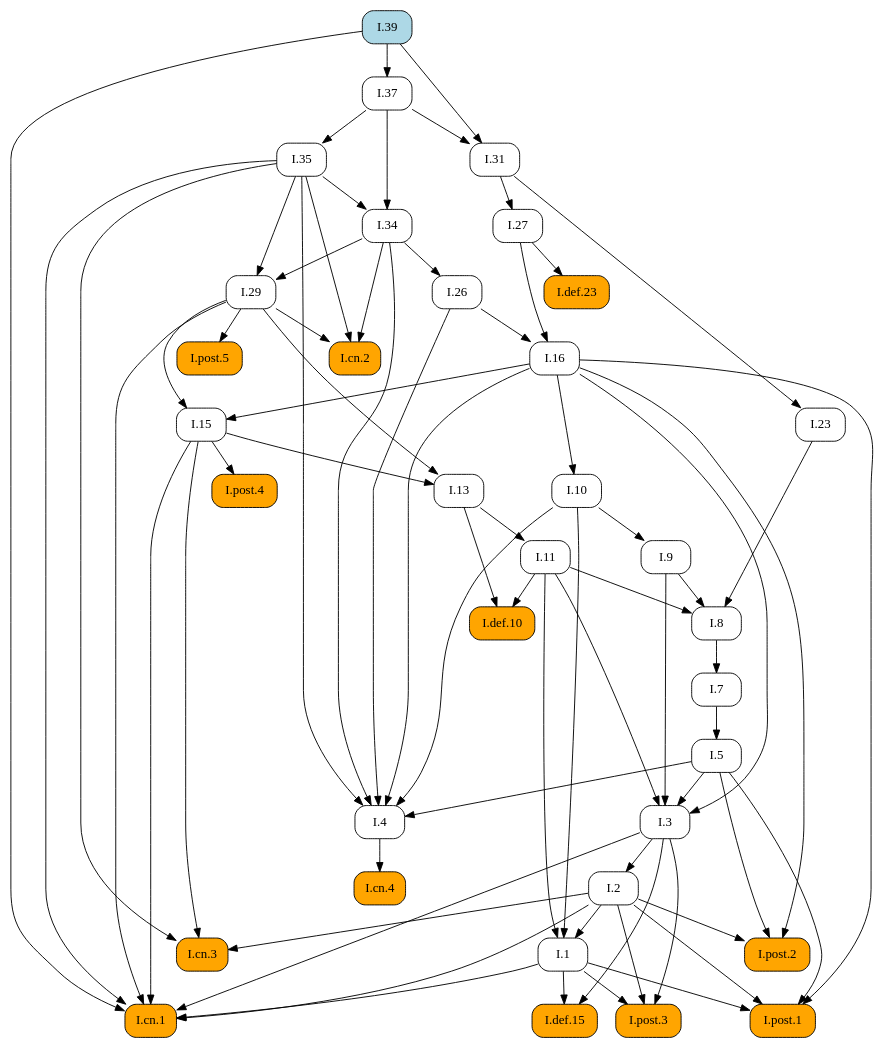
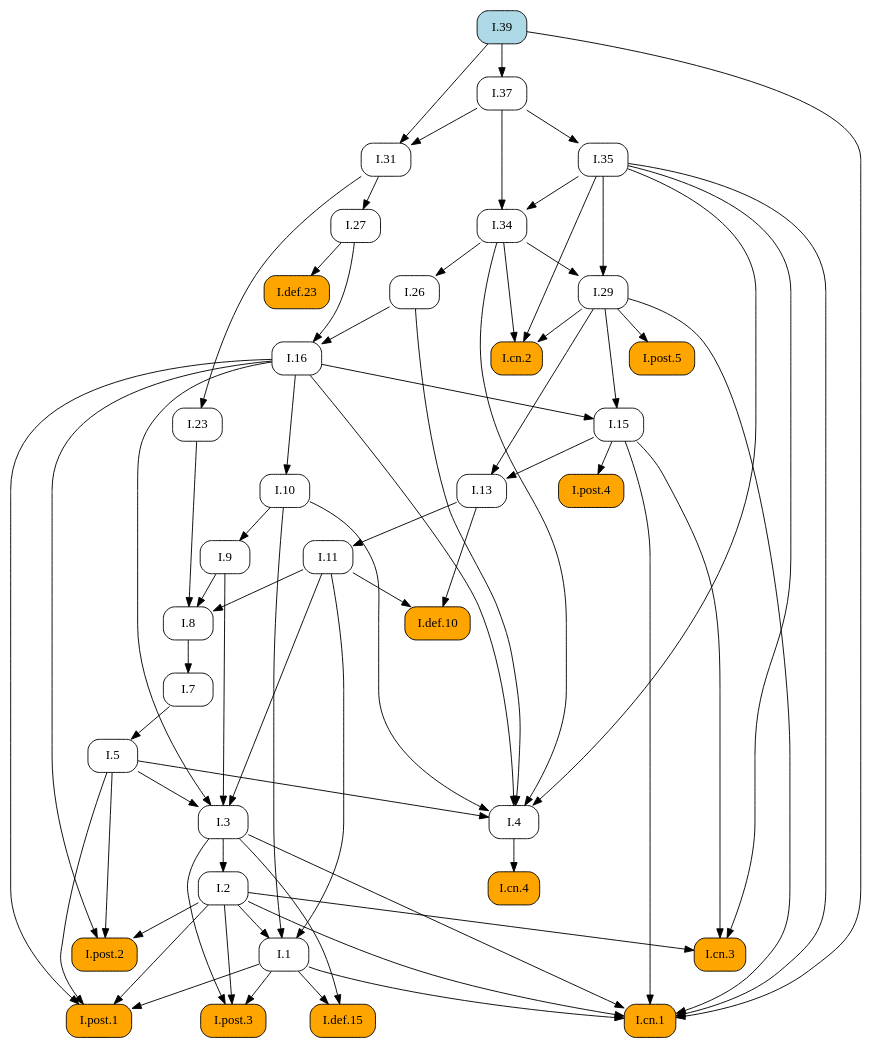
One commit to geometor/elements changed the diagram in docsrc/heath/I/39/index.rst. Above: the diagram before and after it, drawn with Graphviz. The commit also changed other lines of this file and 484 other files, not shown here.

```diff
--- a/docsrc/heath/I/39/index.rst
+++ b/docsrc/heath/I/39/index.rst
@@ -65,58 +65,63 @@
    digraph {
      rankdir="TB";
      node [shape=box, style=rounded];
-     "I.def.10" [style="rounded,filled", fillcolor=orange, URL="/heath/I/def.10/", target="_top"];
-     "I.11" [URL="/heath/I/11/", target="_top"];
-     "I.post.4" [style="rounded,filled", fillcolor=orange, URL="/heath/I/post.4/", target="_top"];
-     "I.1" [URL="/heath/I/1/", target="_top"];
-     "I.39" [style="rounded,filled", fillcolor=lightblue, URL="/heath/I/39/", target="_top"];
-     "I.26" [URL="/heath/I/26/", target="_top"];
-     "I.29" [URL="/heath/I/29/", target="_top"];
-     "I.cn.2" [style="rounded,filled", fillcolor=orange, URL="/heath/I/cn.2/", target="_top"];
+     "I.23" [URL="/heath/I/23/", target="_top"];
+     "I.9" [URL="/heath/I/9/", target="_top"];
      "I.def.15" [style="rounded,filled", fillcolor=orange, URL="/heath/I/def.15/", target="_top"];
      "I.post.3" [style="rounded,filled", fillcolor=orange, URL="/heath/I/post.3/", target="_top"];
+     "I.post.1" [style="rounded,filled", fillcolor=orange, URL="/heath/I/post.1/", target="_top"];
+     "I.31" [URL="/heath/I/31/", target="_top"];
+     "I.def.10" [style="rounded,filled", fillcolor=orange, URL="/heath/I/def.10/", target="_top"];
+     "I.27" [URL="/heath/I/27/", target="_top"];
+     "I.39" [style="rounded,filled", fillcolor=lightblue, URL="/heath/I/39/", target="_top"];
+     "I.34" [URL="/heath/I/34/", target="_top"];
+     "I.3" [URL="/heath/I/3/", target="_top"];
+     "I.35" [URL="/heath/I/35/", target="_top"];
      "I.cn.1" [style="rounded,filled", fillcolor=orange, URL="/heath/I/cn.1/", target="_top"];
+     "I.7" [URL="/heath/I/7/", target="_top"];
+     "I.2" [URL="/heath/I/2/", target="_top"];
+     "I.13" [URL="/heath/I/13/", target="_top"];
+     "I.post.4" [style="rounded,filled", fillcolor=orange, URL="/heath/I/post.4/", target="_top"];
+     "I.4" [URL="/heath/I/4/", target="_top"];
+     "I.1" [URL="/heath/I/1/", target="_top"];
+     "I.5" [URL="/heath/I/5/", target="_top"];
+     "I.8" [URL="/heath/I/8/", target="_top"];
+     "I.37" [URL="/heath/I/37/", target="_top"];
      "I.cn.3" [style="rounded,filled", fillcolor=orange, URL="/heath/I/cn.3/", target="_top"];
-     "I.23" [URL="/heath/I/23/", target="_top"];
-     "I.post.1" [style="rounded,filled", fillcolor=orange, URL="/heath/I/post.1/", target="_top"];
-     "I.35" [URL="/heath/I/35/", target="_top"];
-     "I.27" [URL="/heath/I/27/", target="_top"];
-     "I.37" [URL="/heath/I/37/", target="_top"];
-     "I.34" [URL="/heath/I/34/", target="_top"];
-     "I.7" [URL="/heath/I/7/", target="_top"];
-     "I.3" [URL="/heath/I/3/", target="_top"];
-     "I.2" [URL="/heath/I/2/", target="_top"];
+     "I.29" [URL="/heath/I/29/", target="_top"];
+     "I.16" [URL="/heath/I/16/", target="_top"];
+     "I.15" [URL="/heath/I/15/", target="_top"];
+     "I.10" [URL="/heath/I/10/", target="_top"];
+     "I.11" [URL="/heath/I/11/", target="_top"];
      "I.def.23" [style="rounded,filled", fillcolor=orange, URL="/heath/I/def.23/", target="_top"];
-     "I.4" [URL="/heath/I/4/", target="_top"];
-     "I.13" [URL="/heath/I/13/", target="_top"];
-     "I.31" [URL="/heath/I/31/", target="_top"];
+     "I.cn.2" [style="rounded,filled", fillcolor=orange, URL="/heath/I/cn.2/", target="_top"];
+     "I.post.5" [style="rounded,filled", fillcolor=orange, URL="/heath/I/post.5/", target="_top"];
+     "I.cn.4" [style="rounded,filled", fillcolor=orange, URL="/heath/I/cn.4/", target="_top"];
      "I.post.2" [style="rounded,filled", fillcolor=orange, URL="/heath/I/post.2/", target="_top"];
-     "I.16" [URL="/heath/I/16/", target="_top"];
-     "I.9" [URL="/heath/I/9/", target="_top"];
-     "I.8" [URL="/heath/I/8/", target="_top"];
-     "I.cn.4" [style="rounded,filled", fillcolor=orange, URL="/heath/I/cn.4/", target="_top"];
-     "I.15" [URL="/heath/I/15/", target="_top"];
-     "I.post.5" [style="rounded,filled", fillcolor=orange, URL="/heath/I/post.5/", target="_top"];
-     "I.10" [URL="/heath/I/10/", target="_top"];
-     "I.5" [URL="/heath/I/5/", target="_top"];
-     "I.11" -> "I.def.10";
-     "I.13" -> "I.def.10";
-     "I.13" -> "I.11";
-     "I.15" -> "I.post.4";
-     "I.2" -> "I.1";
-     "I.10" -> "I.1";
-     "I.11" -> "I.1";
-     "I.34" -> "I.26";
-     "I.34" -> "I.29";
-     "I.35" -> "I.29";
-     "I.29" -> "I.cn.2";
-     "I.34" -> "I.cn.2";
-     "I.35" -> "I.cn.2";
+     "I.26" [URL="/heath/I/26/", target="_top"];
+     "I.31" -> "I.23";
+     "I.10" -> "I.9";
      "I.1" -> "I.def.15";
      "I.3" -> "I.def.15";
      "I.1" -> "I.post.3";
      "I.2" -> "I.post.3";
      "I.3" -> "I.post.3";
+     "I.1" -> "I.post.1";
+     "I.2" -> "I.post.1";
+     "I.5" -> "I.post.1";
+     "I.16" -> "I.post.1";
+     "I.37" -> "I.31";
+     "I.39" -> "I.31";
+     "I.11" -> "I.def.10";
+     "I.13" -> "I.def.10";
+     "I.31" -> "I.27";
+     "I.35" -> "I.34";
+     "I.37" -> "I.34";
+     "I.5" -> "I.3";
+     "I.9" -> "I.3";
+     "I.11" -> "I.3";
+     "I.16" -> "I.3";
+     "I.37" -> "I.35";
      "I.1" -> "I.cn.1";
      "I.2" -> "I.cn.1";
      "I.3" -> "I.cn.1";
@@ -124,49 +129,44 @@
      "I.29" -> "I.cn.1";
      "I.35" -> "I.cn.1";
      "I.39" -> "I.cn.1";
-     "I.2" -> "I.cn.3";
-     "I.15" -> "I.cn.3";
-     "I.35" -> "I.cn.3";
-     "I.31" -> "I.23";
-     "I.1" -> "I.post.1";
-     "I.2" -> "I.post.1";
-     "I.5" -> "I.post.1";
-     "I.16" -> "I.post.1";
-     "I.37" -> "I.35";
-     "I.31" -> "I.27";
-     "I.39" -> "I.37";
-     "I.35" -> "I.34";
-     "I.37" -> "I.34";
      "I.8" -> "I.7";
-     "I.5" -> "I.3";
-     "I.9" -> "I.3";
-     "I.11" -> "I.3";
-     "I.16" -> "I.3";
      "I.3" -> "I.2";
-     "I.27" -> "I.def.23";
+     "I.15" -> "I.13";
+     "I.29" -> "I.13";
+     "I.15" -> "I.post.4";
      "I.5" -> "I.4";
      "I.10" -> "I.4";
      "I.16" -> "I.4";
      "I.26" -> "I.4";
      "I.34" -> "I.4";
      "I.35" -> "I.4";
-     "I.15" -> "I.13";
-     "I.29" -> "I.13";
-     "I.37" -> "I.31";
-     "I.39" -> "I.31";
+     "I.2" -> "I.1";
+     "I.10" -> "I.1";
+     "I.11" -> "I.1";
+     "I.7" -> "I.5";
+     "I.9" -> "I.8";
+     "I.11" -> "I.8";
+     "I.23" -> "I.8";
+     "I.39" -> "I.37";
+     "I.2" -> "I.cn.3";
+     "I.15" -> "I.cn.3";
+     "I.35" -> "I.cn.3";
+     "I.34" -> "I.29";
+     "I.35" -> "I.29";
+     "I.26" -> "I.16";
+     "I.27" -> "I.16";
+     "I.16" -> "I.15";
+     "I.29" -> "I.15";
+     "I.16" -> "I.10";
+     "I.13" -> "I.11";
+     "I.27" -> "I.def.23";
+     "I.29" -> "I.cn.2";
+     "I.34" -> "I.cn.2";
+     "I.35" -> "I.cn.2";
+     "I.29" -> "I.post.5";
+     "I.4" -> "I.cn.4";
      "I.2" -> "I.post.2";
      "I.5" -> "I.post.2";
      "I.16" -> "I.post.2";
-     "I.26" -> "I.16";
-     "I.27" -> "I.16";
-     "I.10" -> "I.9";
-     "I.9" -> "I.8";
-     "I.11" -> "I.8";
-     "I.23" -> "I.8";
-     "I.4" -> "I.cn.4";
-     "I.16" -> "I.15";
-     "I.29" -> "I.15";
-     "I.29" -> "I.post.5";
-     "I.16" -> "I.10";
-     "I.7" -> "I.5";
+     "I.34" -> "I.26";
    }
```
